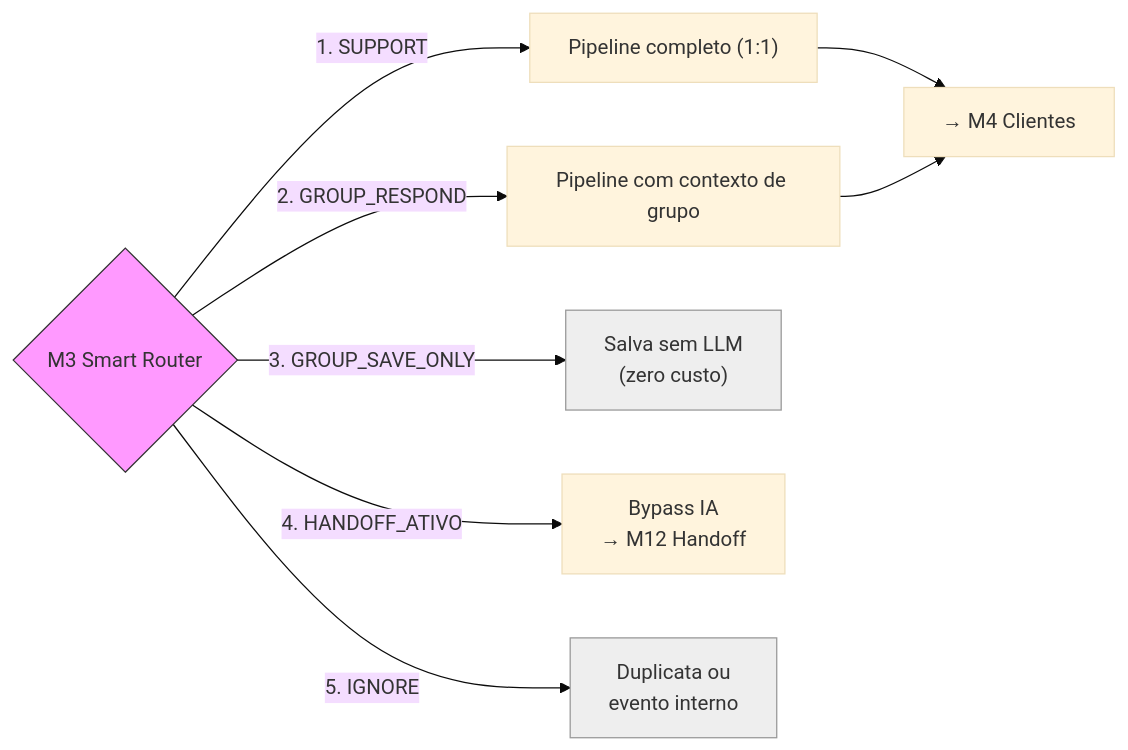
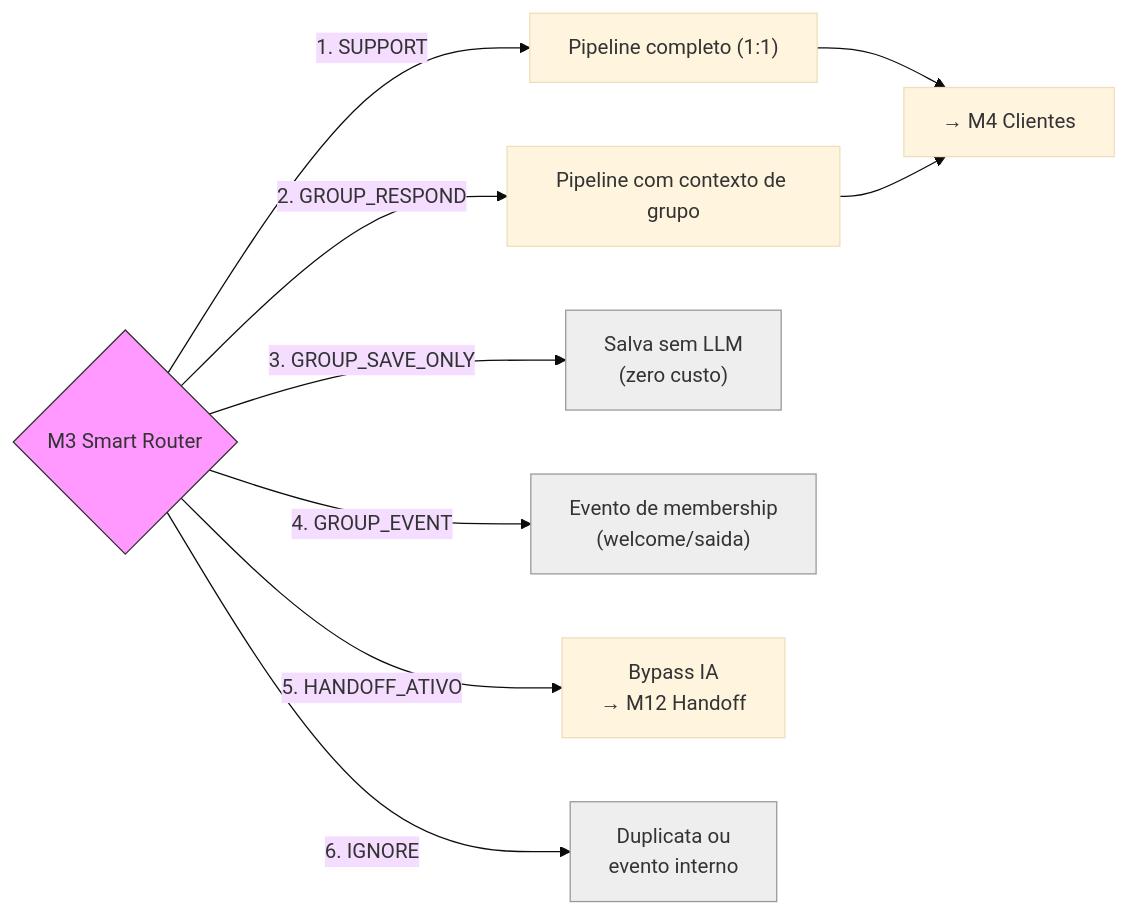
The third of 10 diagrams in platforms/fulano/business/process.md (paceautomations/madruga.ai), drawn with Mermaid (base theme) before and after one commit. The commit also changed other lines of this file and 7 other files, not shown here.

First line of the commit message:
fix: align fulano engineering docs — pipeline flow, enums, LLM provider

````diff
--- a/platforms/fulano/business/process.md
+++ b/platforms/fulano/business/process.md
@@ -87,17 +87,19 @@
 ```mermaid
 flowchart LR
     M3{"M3 Smart Router"}
 
     M3 -->|"1. SUPPORT"| P1["Pipeline completo (1:1)"]
     M3 -->|"2. GROUP_RESPOND"| P2["Pipeline com contexto de grupo"]
     M3 -->|"3. GROUP_SAVE_ONLY"| P3["Salva sem LLM<br/>(zero custo)"]
-    M3 -->|"4. HANDOFF_ATIVO"| P4["Bypass IA<br/>→ M12 Handoff"]
-    M3 -->|"5. IGNORE"| P5["Duplicata ou<br/>evento interno"]
+    M3 -->|"4. GROUP_EVENT"| P6["Evento de membership<br/>(welcome/saida)"]
+    M3 -->|"5. HANDOFF_ATIVO"| P4["Bypass IA<br/>→ M12 Handoff"]
+    M3 -->|"6. IGNORE"| P5["Duplicata ou<br/>evento interno"]
 
     P1 --> M4["→ M4 Clientes"]
     P2 --> M4
 
     style M3 fill:#f9f,stroke:#333
     style P3 fill:#eee,stroke:#999
+    style P6 fill:#eee,stroke:#999
     style P5 fill:#eee,stroke:#999
 ```
````
